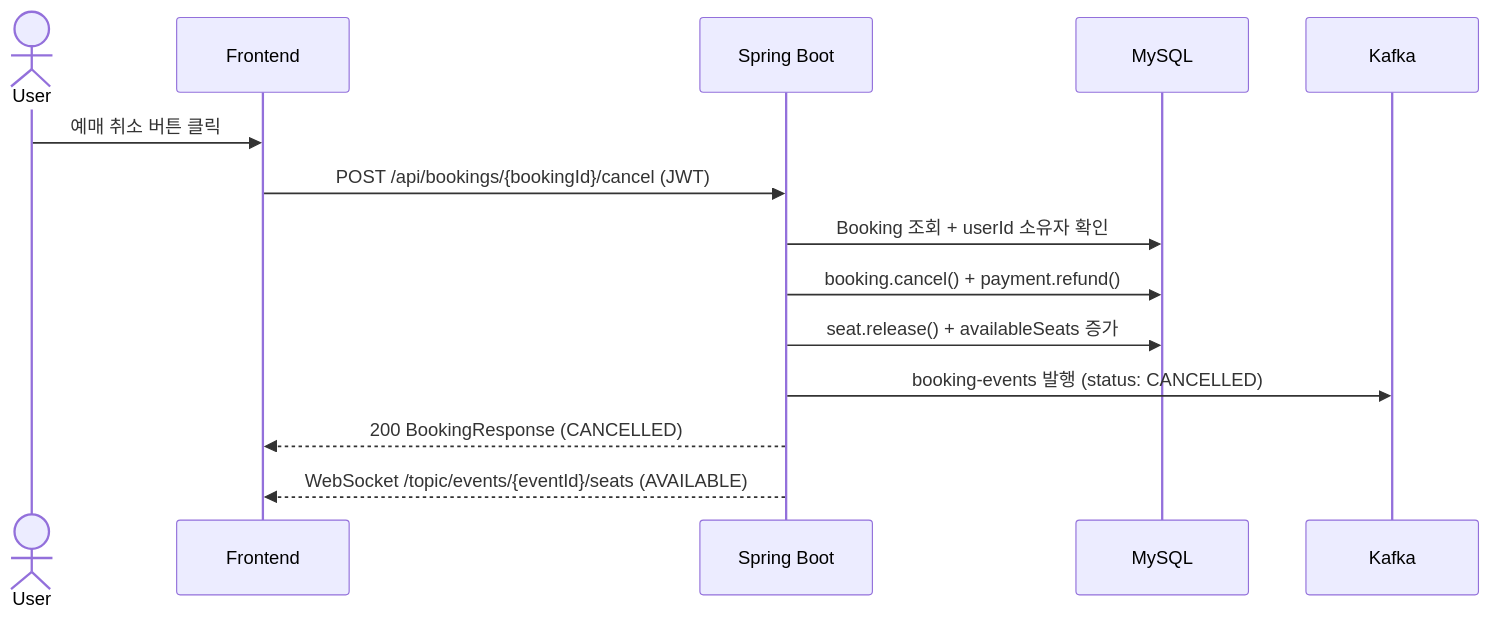
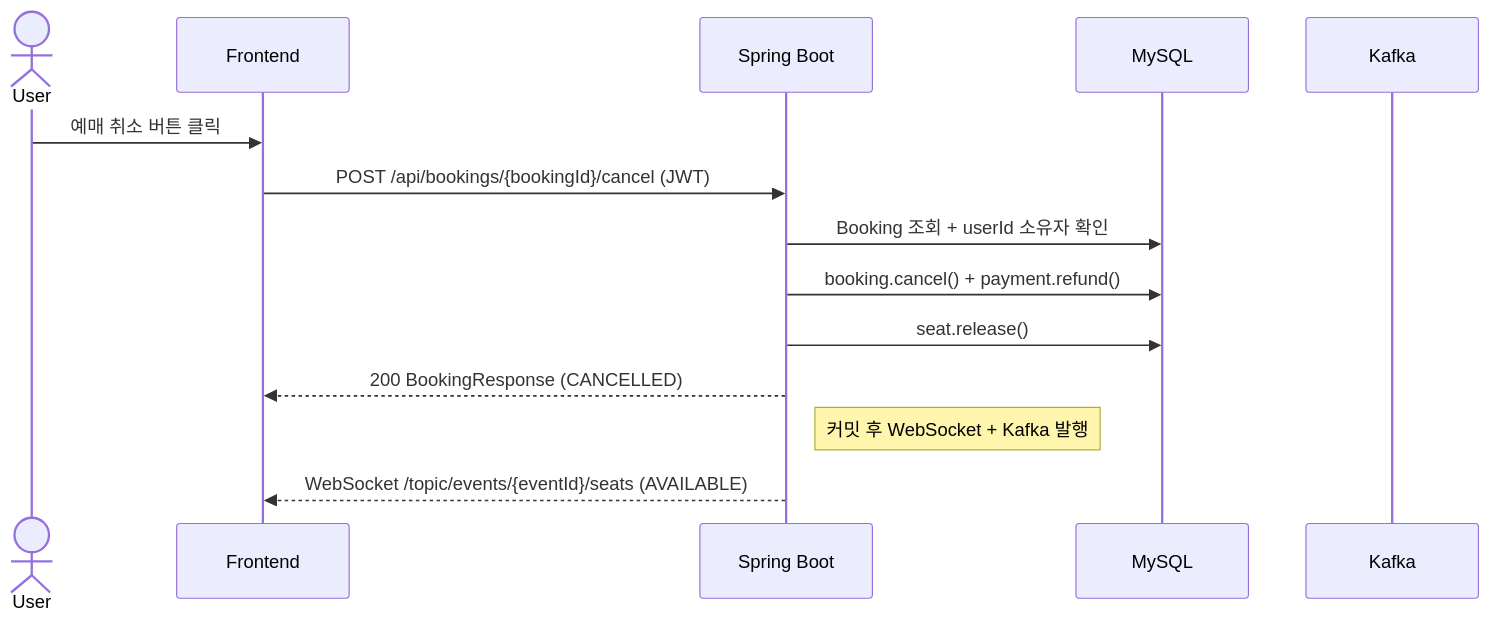
One commit to mercedes6115/ticketing-vibe changed the fifth of 6 diagrams in docs/sequence-diagram.md. Above: the diagram before and after it, drawn with Mermaid. The commit also changed other lines of this file and 6 other files, not shown here.

````diff
--- a/docs/sequence-diagram.md
+++ b/docs/sequence-diagram.md
@@ -147,18 +147,18 @@
 ```mermaid
 sequenceDiagram
     actor User
     participant FE as Frontend
     participant API as Spring Boot
     participant DB as MySQL
     participant Kafka
 
     User->>FE: 예매 취소 버튼 클릭
     FE->>API: POST /api/bookings/{bookingId}/cancel (JWT)
 
     API->>DB: Booking 조회 + userId 소유자 확인
     API->>DB: booking.cancel() + payment.refund()
-    API->>DB: seat.release() + availableSeats 증가
-    API->>Kafka: booking-events 발행 (status: CANCELLED)
+    API->>DB: seat.release()
     API-->>FE: 200 BookingResponse (CANCELLED)
+    Note right of API: 커밋 후 WebSocket + Kafka 발행
     API-->>FE: WebSocket /topic/events/{eventId}/seats (AVAILABLE)
 ```
````
